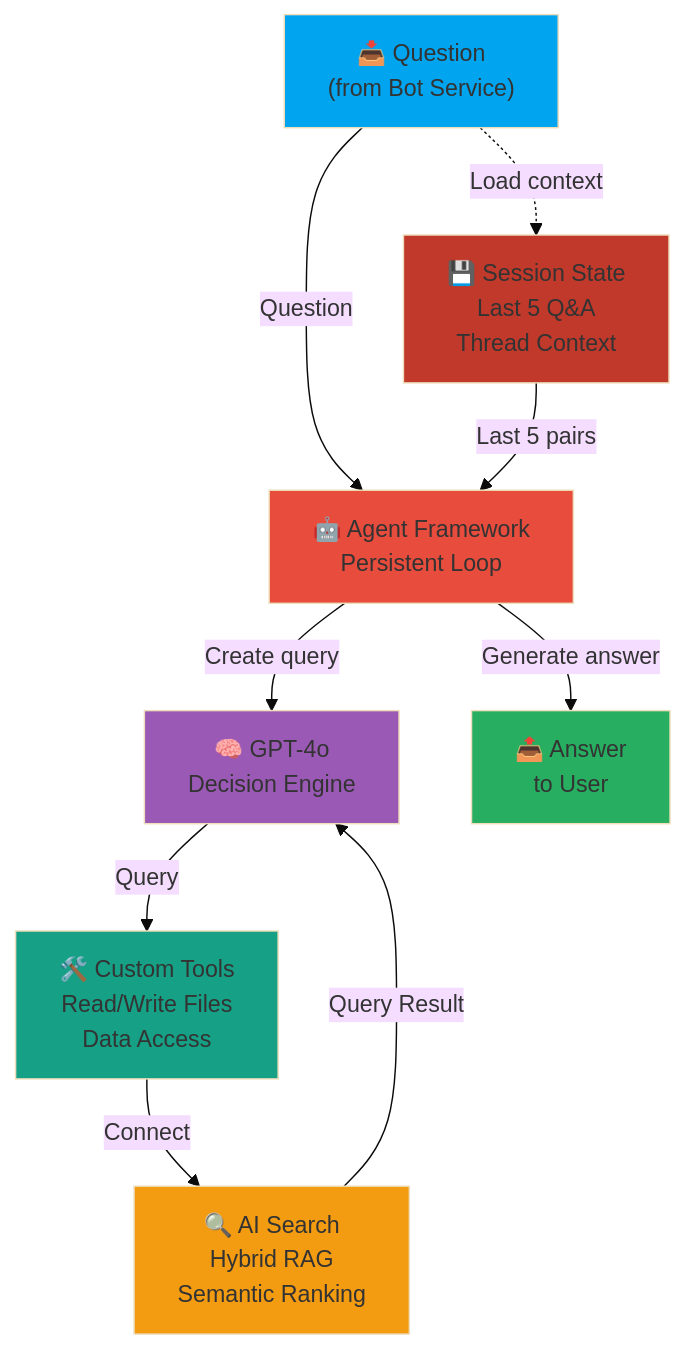
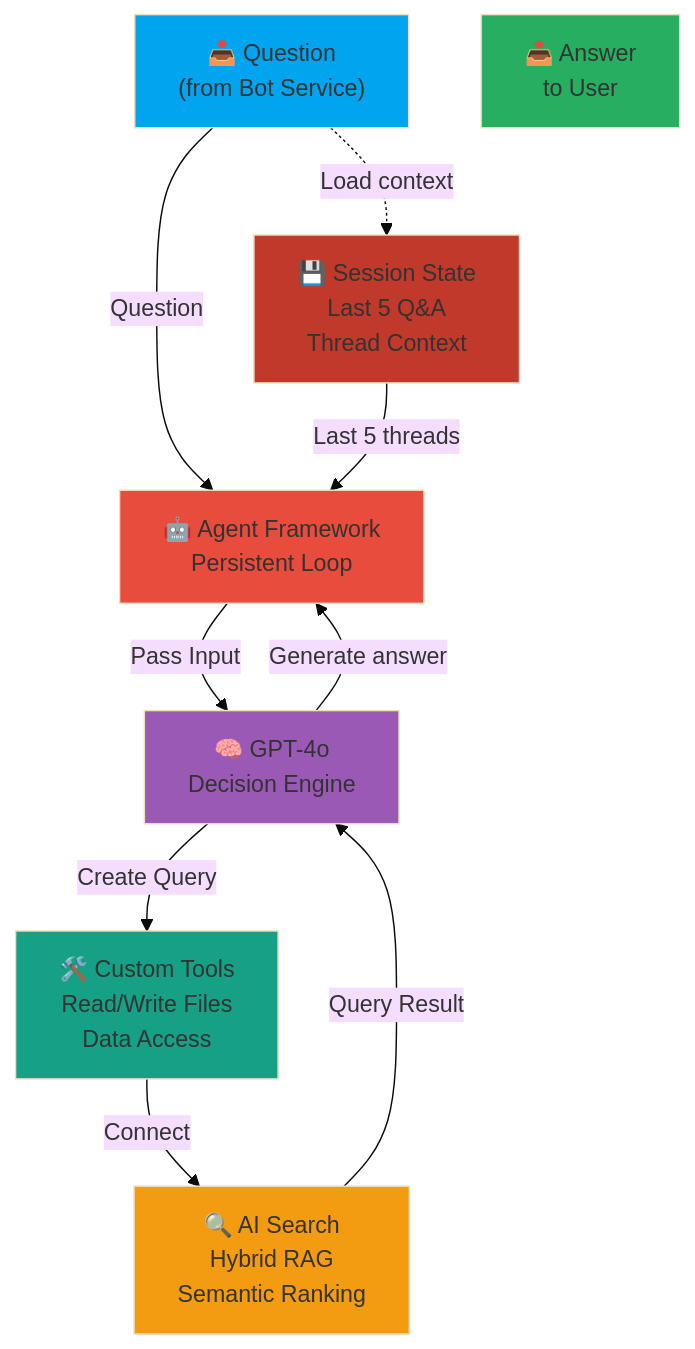
The second of 3 diagrams in README.md (gabycb/rag-sample-copy), drawn with Mermaid (base theme) before and after one commit.

Commit message:
Update session manager and agent interactions in README

````diff
--- a/README.md
+++ b/README.md
@@ -74,35 +74,35 @@
 ```mermaid
 graph TB
     Input["📥 Question<br/>(from Bot Service)"]
     
     SessionMgr["💾 Session State<br/>Last 5 Q&A<br/>Thread Context"]
     
     Agent["🤖 Agent Framework<br/>Persistent Loop"]
     
     LLM["🧠 GPT-4o<br/>Decision Engine"]
     
     Tools["🛠️ Custom Tools<br/>Read/Write Files<br/>Data Access"]
     
     Search["🔍 AI Search<br/>Hybrid RAG<br/>Semantic Ranking"]
     
     Output["📤 Answer<br/>to User"]
     
     Input -->|Question| Agent
     Input -.->|Load context| SessionMgr
-    SessionMgr -->|Last 5 pairs| Agent
+    SessionMgr -->|Last 5 threads| Agent
     
-    Agent -->|Create query| LLM
-    LLM -->|Query| Tools
+    Agent -->|Pass Input| LLM
+    LLM -->|Create Query| Tools
     Tools -->|Connect| Search
     Search -->|Query Result| LLM
     
-    Agent -->|Generate answer| Output
+    LLM -->|Generate answer| Agent
     
     style Input fill:#00a4ef
     style Agent fill:#e74c3c
     style LLM fill:#9b59b6
     style SessionMgr fill:#c0392b
     style Tools fill:#16a085
     style Search fill:#f39c12
     style Output fill:#27ae60
 ```
````
